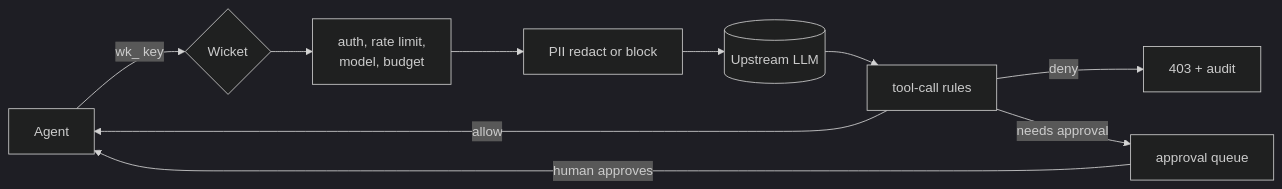
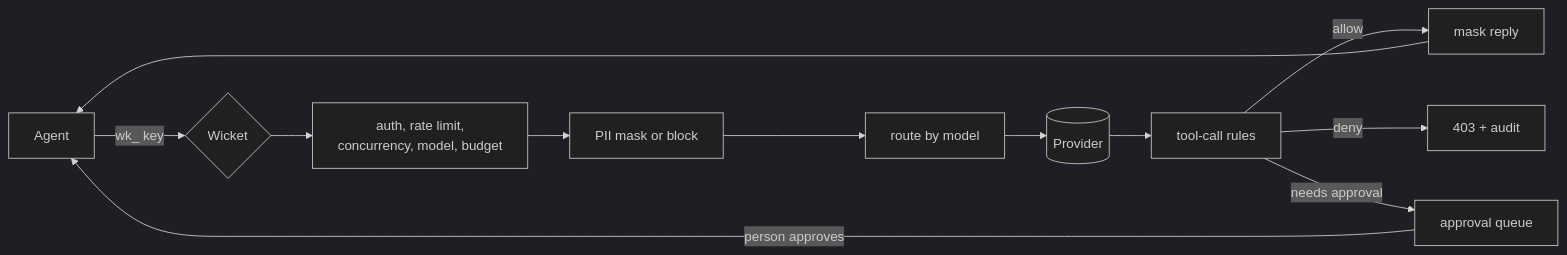
One commit to sungwoonpk/Wicket changed the diagram in README.md. Above: the diagram before and after it, drawn with Mermaid (dark theme). The commit also changed other lines of this file and 8 other files, not shown here.

````diff
--- a/README.md
+++ b/README.md
@@ -147,12 +220,13 @@
 ```mermaid
 flowchart LR
   A[Agent] -->|wk_ key| G{Wicket}
-  G --> C1[auth, rate limit,<br/>model, budget]
-  C1 --> C2[PII redact or block]
-  C2 --> U[(Upstream LLM)]
+  G --> C1[auth, rate limit,<br/>concurrency, model, budget]
+  C1 --> C2[PII mask or block]
+  C2 --> R[route by model]
+  R --> U[(Provider)]
   U --> C3[tool-call rules]
-  C3 -->|allow| A
+  C3 -->|allow| M[mask reply] --> A
   C3 -->|deny| E[403 + audit]
   C3 -->|needs approval| Q[approval queue]
-  Q -->|human approves| A
+  Q -->|person approves| A
 ```
````
